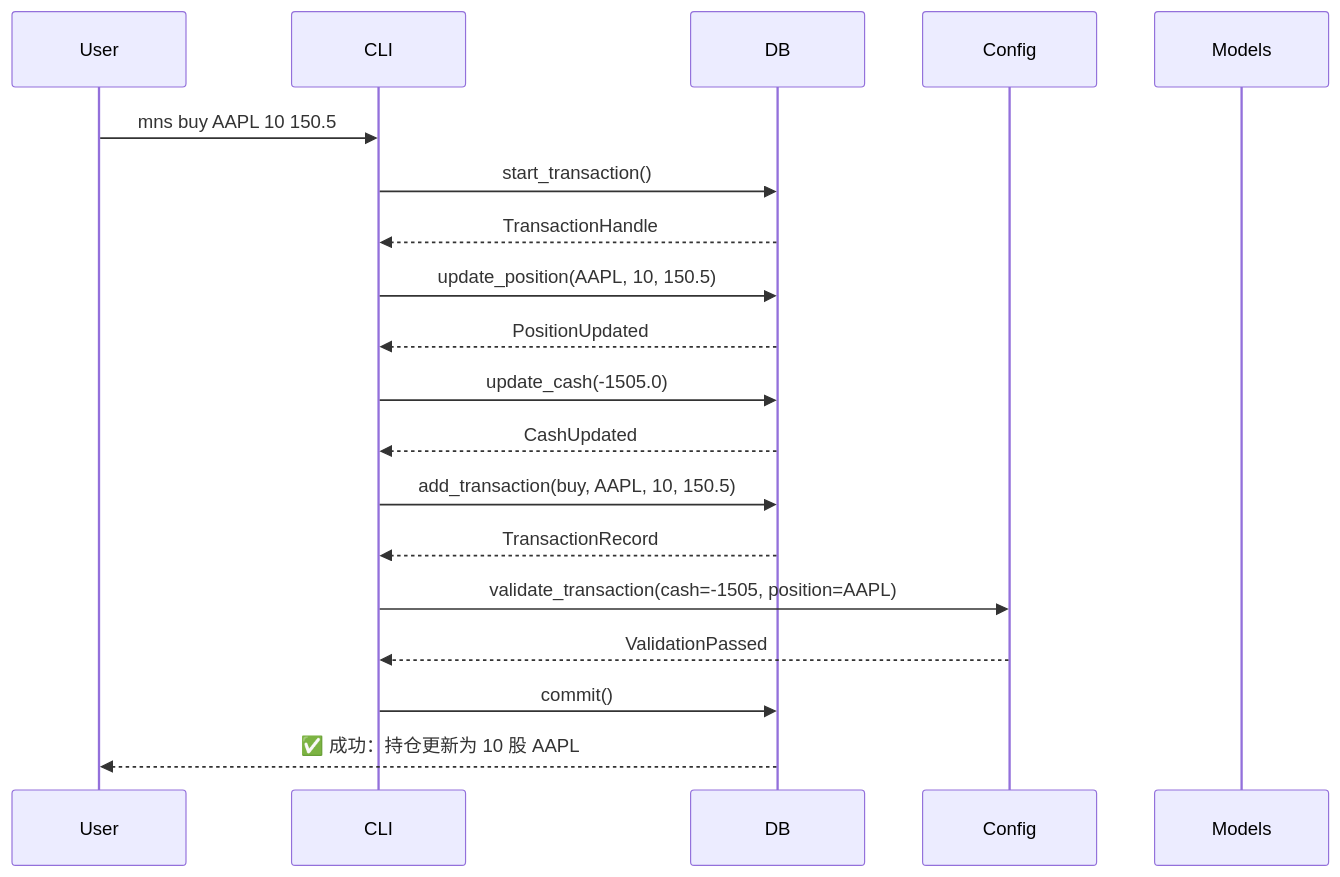
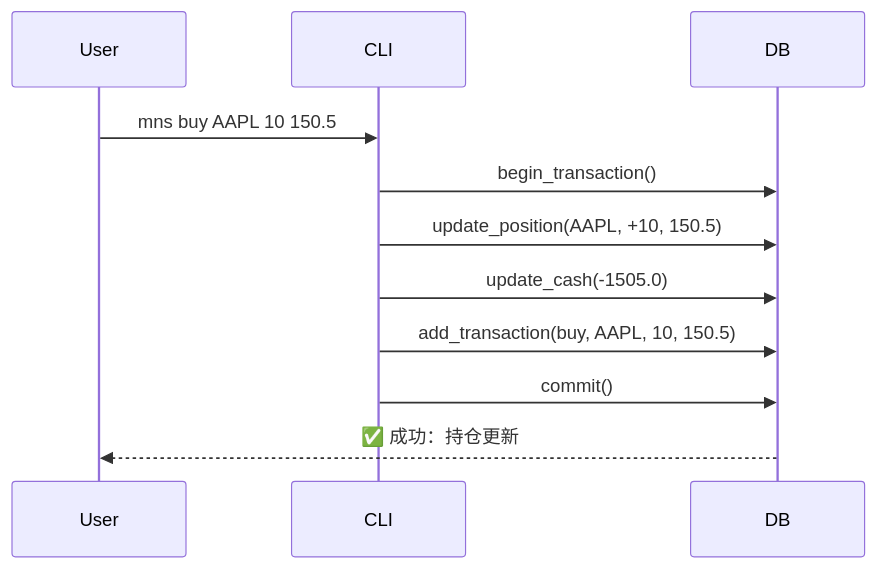
One commit to sopaco/money-never-sleep changed the second of 4 diagrams in litho.docs/3、工作流程.md. Above: the diagram before and after it, drawn with Mermaid. The commit also changed other lines of this file and 36 other files, not shown here.

````diff
--- a/litho.docs/3、工作流程.md
+++ b/litho.docs/3、工作流程.md
@@ -197,22 +76,14 @@
 ```mermaid
 sequenceDiagram
     participant User
     participant CLI
     participant DB
-    participant Config
-    participant Models
 
     User->>CLI: mns buy AAPL 10 150.5
-    CLI->>DB: start_transaction()
-    DB-->>CLI: TransactionHandle
-    CLI->>DB: update_position(AAPL, 10, 150.5)
-    DB-->>CLI: PositionUpdated
+    CLI->>DB: begin_transaction()
+    CLI->>DB: update_position(AAPL, +10, 150.5)
     CLI->>DB: update_cash(-1505.0)
-    DB-->>CLI: CashUpdated
     CLI->>DB: add_transaction(buy, AAPL, 10, 150.5)
-    DB-->>CLI: TransactionRecord
-    CLI->>Config: validate_transaction(cash=-1505, position=AAPL)
-    Config-->>CLI: ValidationPassed
     CLI->>DB: commit()
-    DB-->>User: ✅ 成功：持仓更新为 10 股 AAPL
+    DB-->>User: ✅ 成功：持仓更新
 ```
````
